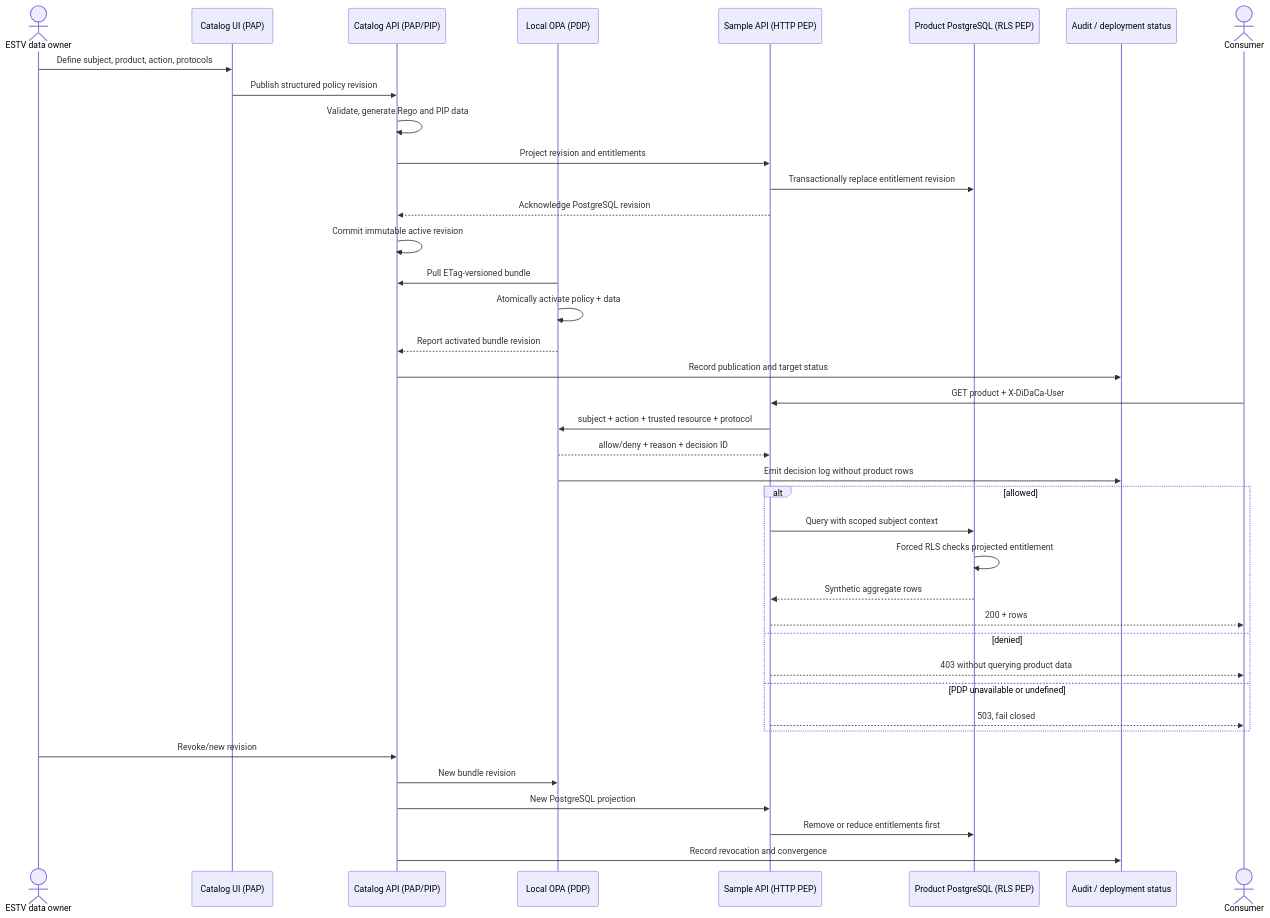
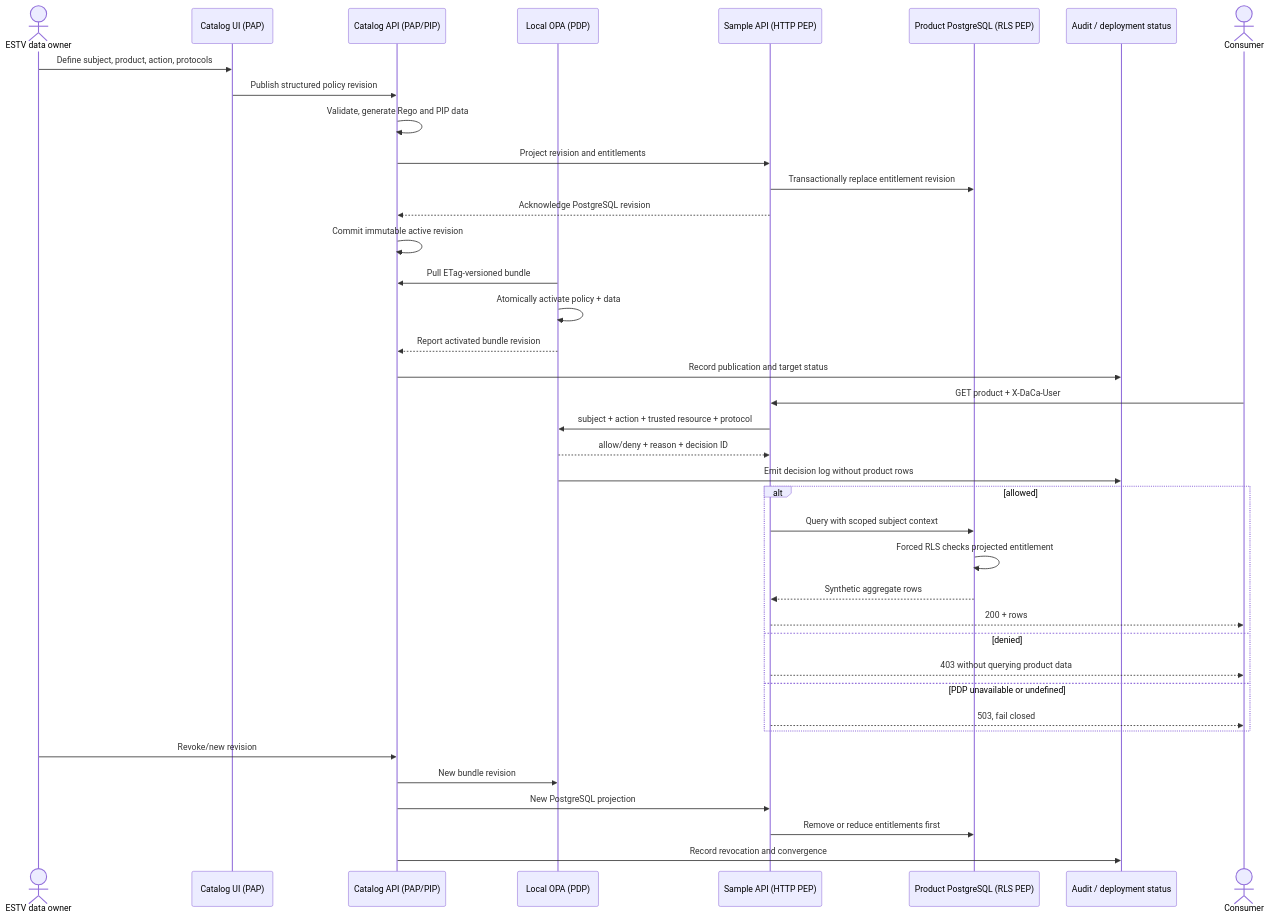
One commit to svabra/tib-daca-poc changed the second of 2 diagrams in docs/security/pbac.md. Above: the diagram before and after it, drawn with Mermaid. The commit also changed other lines of this file and 161 other files, not shown here.

````diff
--- a/docs/security/pbac.md
+++ b/docs/security/pbac.md
@@ -37,44 +37,44 @@
 ```mermaid
 sequenceDiagram
   actor Owner as ESTV data owner
   participant UI as Catalog UI (PAP)
   participant Catalog as Catalog API (PAP/PIP)
   participant OPA as Local OPA (PDP)
   participant Product as Sample API (HTTP PEP)
   participant PG as Product PostgreSQL (RLS PEP)
   participant Audit as Audit / deployment status
   actor Consumer
 
   Owner->>UI: Define subject, product, action, protocols
   UI->>Catalog: Publish structured policy revision
   Catalog->>Catalog: Validate, generate Rego and PIP data
   Catalog->>Product: Project revision and entitlements
   Product->>PG: Transactionally replace entitlement revision
   Product-->>Catalog: Acknowledge PostgreSQL revision
   Catalog->>Catalog: Commit immutable active revision
   OPA->>Catalog: Pull ETag-versioned bundle
   OPA->>OPA: Atomically activate policy + data
   OPA-->>Catalog: Report activated bundle revision
   Catalog->>Audit: Record publication and target status
 
-  Consumer->>Product: GET product + X-DiDaCa-User
+  Consumer->>Product: GET product + X-DaCa-User
   Product->>OPA: subject + action + trusted resource + protocol
   OPA-->>Product: allow/deny + reason + decision ID
   OPA->>Audit: Emit decision log without product rows
   alt allowed
     Product->>PG: Query with scoped subject context
     PG->>PG: Forced RLS checks projected entitlement
     PG-->>Product: Synthetic aggregate rows
     Product-->>Consumer: 200 + rows
   else denied
     Product-->>Consumer: 403 without querying product data
   else PDP unavailable or undefined
     Product-->>Consumer: 503, fail closed
   end
 
   Owner->>Catalog: Revoke/new revision
   Catalog->>OPA: New bundle revision
   Catalog->>Product: New PostgreSQL projection
   Product->>PG: Remove or reduce entitlements first
   Catalog->>Audit: Record revocation and convergence
 ```
````
